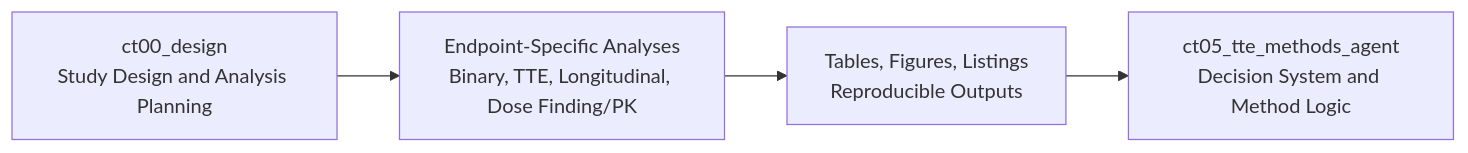
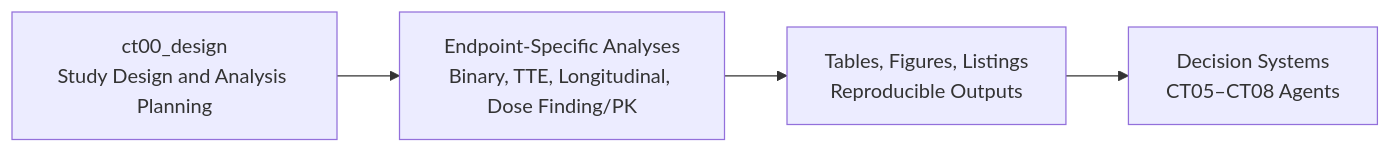
The diagram in projects/clinical-trial-statistical-analysis/clinical-trials/README.md (gminor71/biomedical-analytics-clinical-operations), drawn with Mermaid before and after one commit. The commit also changed other lines of this file and 39 other files, not shown here.

````diff
--- a/projects/clinical-trial-statistical-analysis/clinical-trials/README.md
+++ b/projects/clinical-trial-statistical-analysis/clinical-trials/README.md
@@ -15,9 +15,9 @@
 ```mermaid
 flowchart LR
     A[ct00_design<br/>Study Design and Analysis Planning]
         --> B[Endpoint-Specific Analyses<br/>Binary, TTE, Longitudinal, Dose Finding/PK]
 
     B --> C[Tables, Figures, Listings<br/>Reproducible Outputs]
 
-    C --> D[ct05_tte_methods_agent<br/>Decision System and Method Logic]
+    C --> D[Decision Systems<br/>CT05–CT08 Agents]
 ```
````
